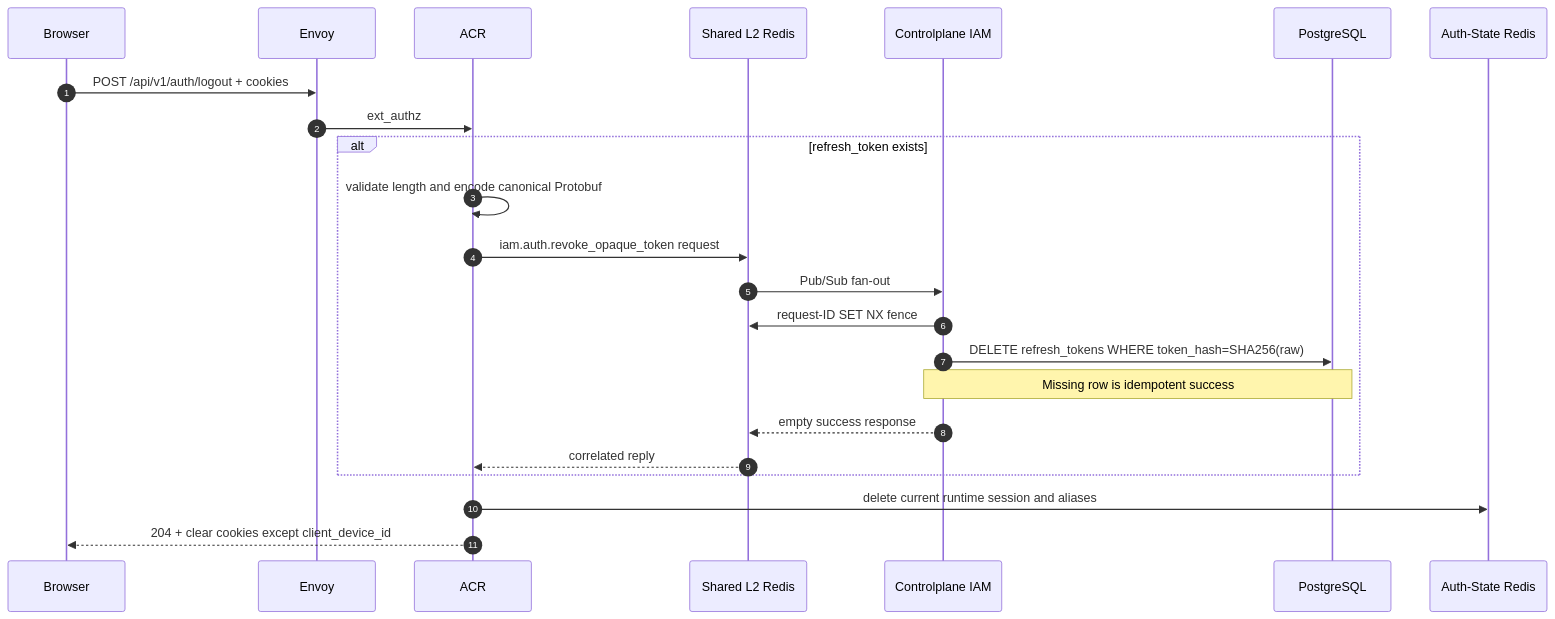
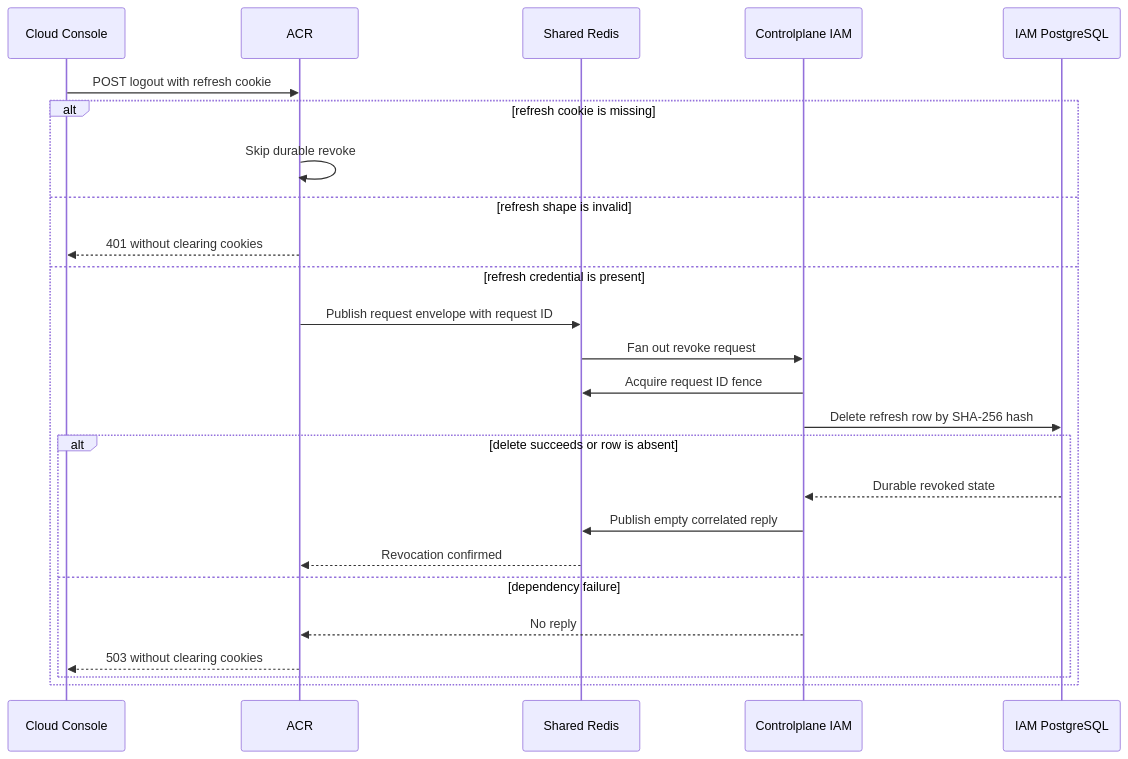
The first of 3 diagrams in god_view/iam/user_logout_god_view_workflow.md (phucle996/aurora), drawn with Mermaid before and after one commit. The commit also changed other lines of this file, not shown here.

Commit message:
docs(iam): trace end-user logout workflow

````diff
--- a/god_view/iam/user_logout_god_view_workflow.md
+++ b/god_view/iam/user_logout_god_view_workflow.md
@@ -20,26 +71,28 @@
 ```mermaid
 sequenceDiagram
-    autonumber
-    participant Browser
-    participant Envoy
-    participant ACR
-    participant Shared as Shared L2 Redis
-    participant CP as Controlplane IAM
-    participant DB as PostgreSQL
-    participant AuthRedis as Auth-State Redis
+    participant UI as Cloud Console
+    participant A as ACR
+    participant SR as Shared Redis
+    participant IAM as Controlplane IAM
+    participant DB as IAM PostgreSQL
 
-    Browser->>Envoy: POST /api/v1/auth/logout + cookies
-    Envoy->>ACR: ext_authz
-    alt refresh_token exists
-        ACR->>ACR: validate length and encode canonical Protobuf
-        ACR->>Shared: iam.auth.revoke_opaque_token request
-        Shared->>CP: Pub/Sub fan-out
-        CP->>Shared: request-ID SET NX fence
-        CP->>DB: DELETE refresh_tokens WHERE token_hash=SHA256(raw)
-        Note over CP,DB: Missing row is idempotent success
-        CP-->>Shared: empty success response
-        Shared-->>ACR: correlated reply
+    UI->>A: POST logout with refresh cookie
+    alt refresh cookie is missing
+        A->>A: Skip durable revoke
+    else refresh shape is invalid
+        A-->>UI: 401 without clearing cookies
+    else refresh credential is present
+        A->>SR: Publish request envelope with request ID
+        SR->>IAM: Fan out revoke request
+        IAM->>SR: Acquire request ID fence
+        IAM->>DB: Delete refresh row by SHA-256 hash
+        alt delete succeeds or row is absent
+            DB-->>IAM: Durable revoked state
+            IAM->>SR: Publish empty correlated reply
+            SR-->>A: Revocation confirmed
+        else dependency failure
+            IAM-->>A: No reply
+            A-->>UI: 503 without clearing cookies
+        end
     end
-    ACR->>AuthRedis: delete current runtime session and aliases
-    ACR-->>Browser: 204 + clear cookies except client_device_id
 ```
````
